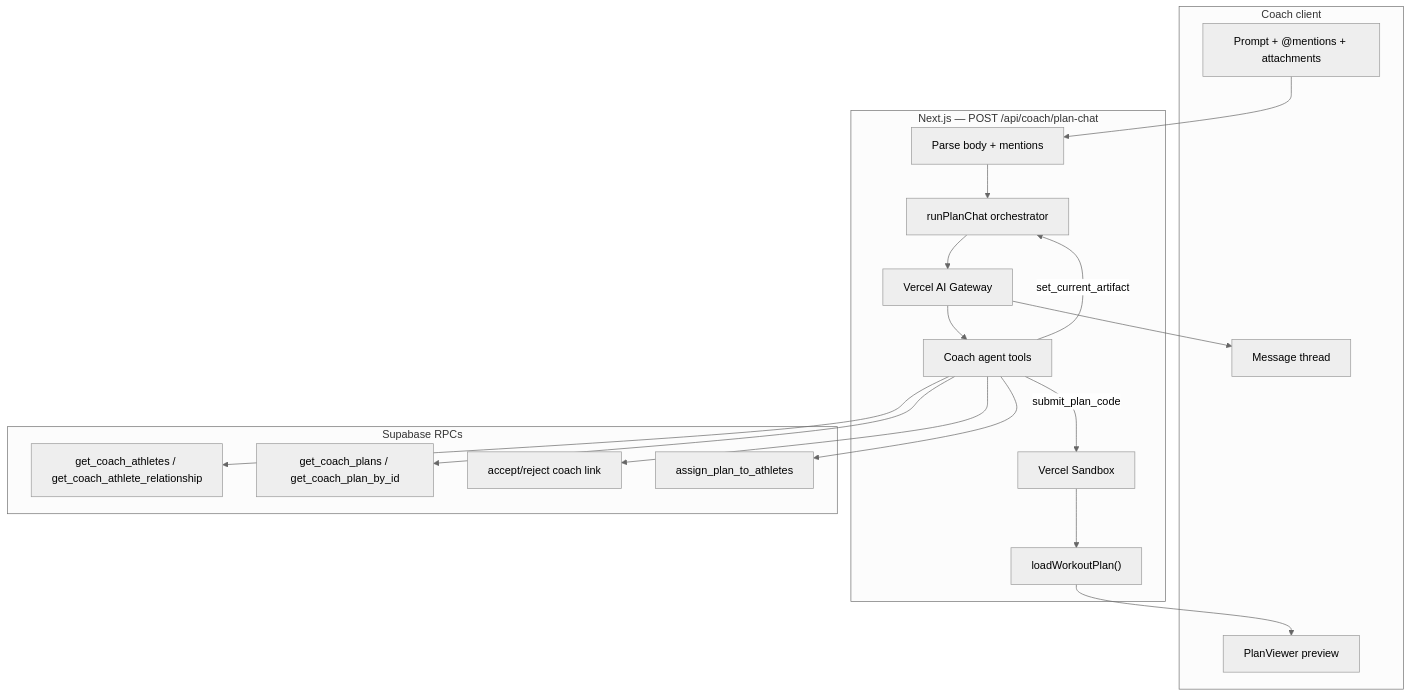
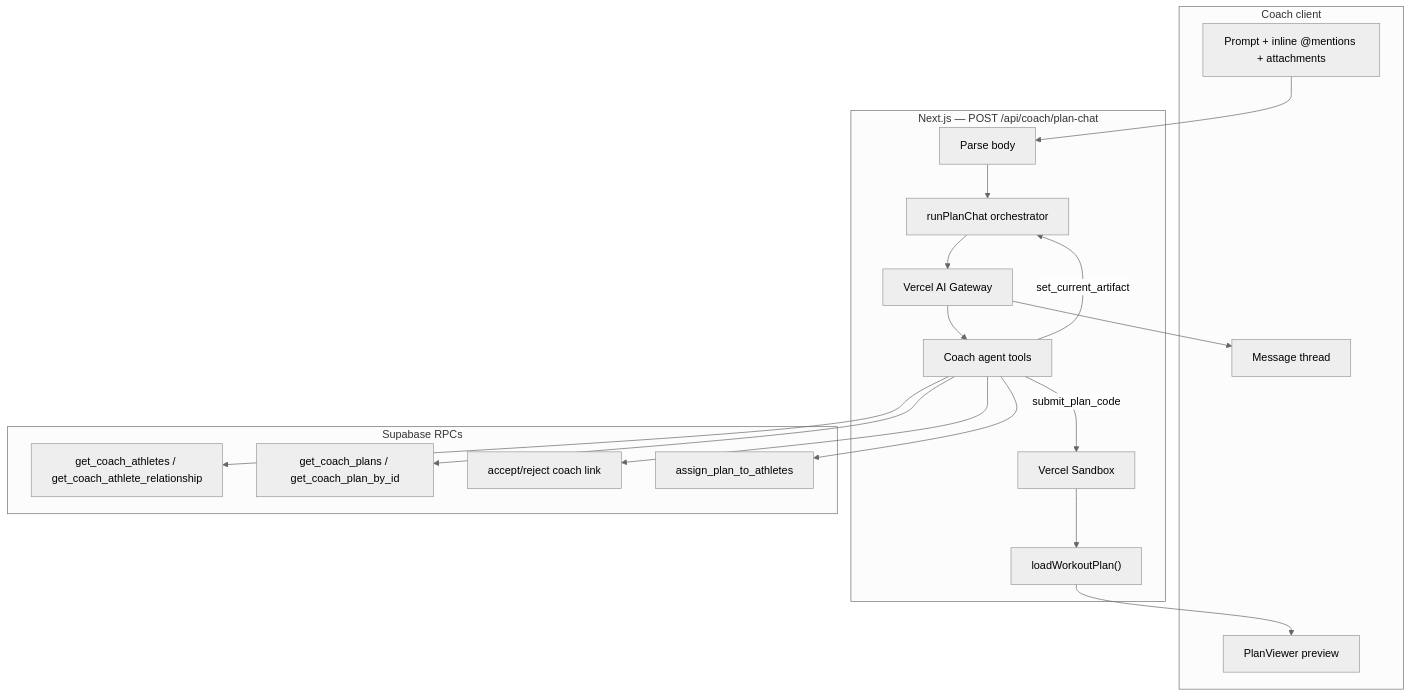
Before and after one commit to turnsy/forge2: the diagram in docs/inline-tools/README.md, drawn with Mermaid (neutral theme). The commit also changed other lines of this file and 6 other files, not shown here.

````diff
--- a/docs/inline-tools/README.md
+++ b/docs/inline-tools/README.md
@@ -57,38 +58,38 @@
 ```mermaid
 flowchart TB
   subgraph client [Coach client]
-    Composer["Prompt + @mentions + attachments"]
+    Composer["Prompt + inline @mentions + attachments"]
     Thread[Message thread]
     Preview[PlanViewer preview]
   end
 
   subgraph server [Next.js — POST /api/coach/plan-chat]
-    Parse[Parse body + mentions]
+    Parse[Parse body]
     Orch[runPlanChat orchestrator]
     Tools[Coach agent tools]
     GW[Vercel AI Gateway]
     Sandbox[Vercel Sandbox]
     Validate["loadWorkoutPlan()"]
   end
 
   subgraph db [Supabase RPCs]
     Athletes[get_coach_athletes / get_coach_athlete_relationship]
     Plans[get_coach_plans / get_coach_plan_by_id]
     Links[accept/reject coach link]
     Assign[assign_plan_to_athletes]
   end
 
   Composer --> Parse
   Parse --> Orch
   Orch --> GW
   GW --> Tools
   Tools --> Athletes
   Tools --> Plans
   Tools --> Links
   Tools --> Assign
   Tools -->|set_current_artifact| Orch
   Tools -->|submit_plan_code| Sandbox
   Sandbox --> Validate
   Validate --> Preview
   GW --> Thread
 ```
````
